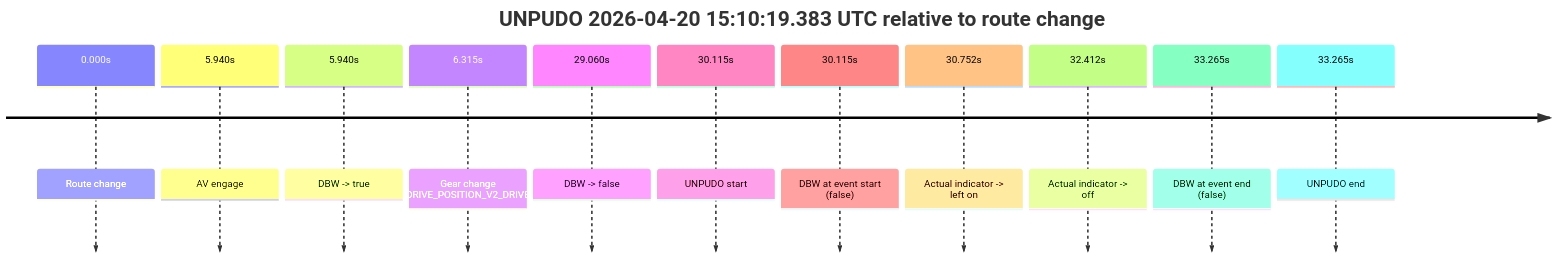
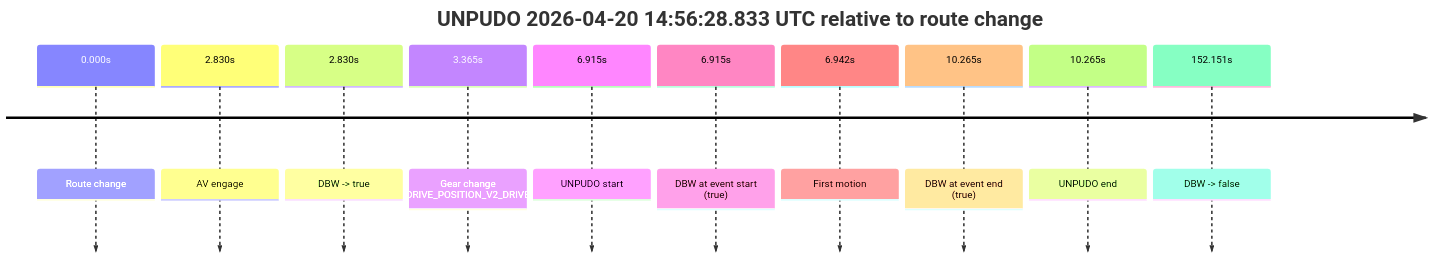
Before and after one commit to yoelshapiro/vault: the third of 9 diagrams in model_analysis/report_cards/2026/04/Week-4/fme20038--2026-04-20--14-29-25--gen2-av-b8c3ecc9-d0ee-4a65-a4e6-e2fb1efde5f2.md, drawn with Mermaid. The commit also changed other lines of this file and 2 other files, not shown here.

````diff
--- a/model_analysis/report_cards/2026/04/Week-4/fme20038--2026-04-20--14-29-25--gen2-av-b8c3ecc9-d0ee-4a65-a4e6-e2fb1efde5f2.md
+++ b/model_analysis/report_cards/2026/04/Week-4/fme20038--2026-04-20--14-29-25--gen2-av-b8c3ecc9-d0ee-4a65-a4e6-e2fb1efde5f2.md
@@ -141,15 +231,14 @@
 ```mermaid
 timeline
-    title UNPUDO 2026-04-20 15:10:19.383 UTC relative to route change
+    title UNPUDO 2026-04-20 14:56:28.833 UTC relative to route change
     0.000s : Route change
-    5.940s : AV engage
-    5.940s : DBW -> true
-    6.315s : Gear change (DRIVE_POSITION_V2_DRIVE)
-    29.060s : DBW -> false
-    30.115s : UNPUDO start
-    30.115s : DBW at event start (false)
-    30.752s : Actual indicator -> left on
-    32.412s : Actual indicator -> off
-    33.265s : DBW at event end (false)
-    33.265s : UNPUDO end
+    2.830s : AV engage
+    2.830s : DBW -> true
+    3.365s : Gear change (DRIVE_POSITION_V2_DRIVE)
+    6.915s : UNPUDO start
+    6.915s : DBW at event start (true)
+    6.942s : First motion
+    10.265s : DBW at event end (true)
+    10.265s : UNPUDO end
+    152.151s : DBW -> false
 ```
````
